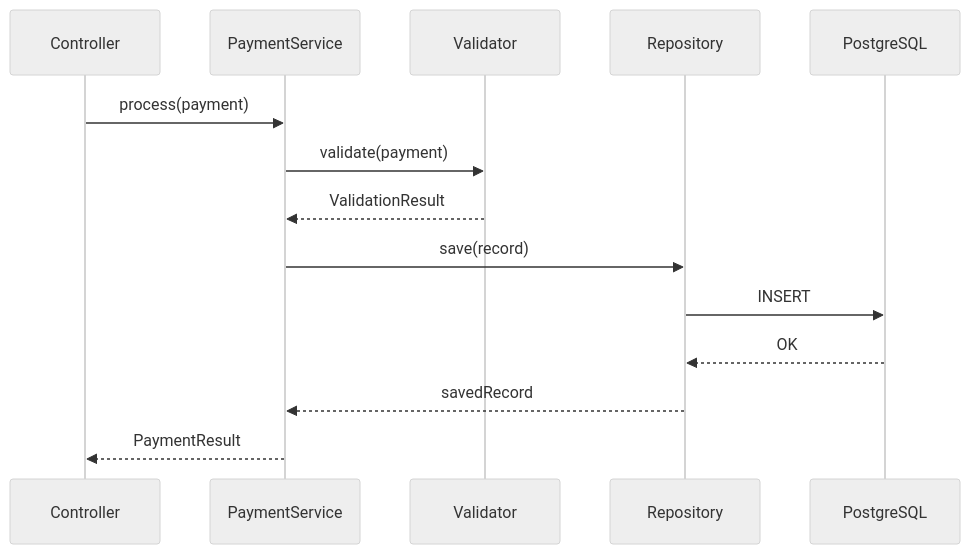
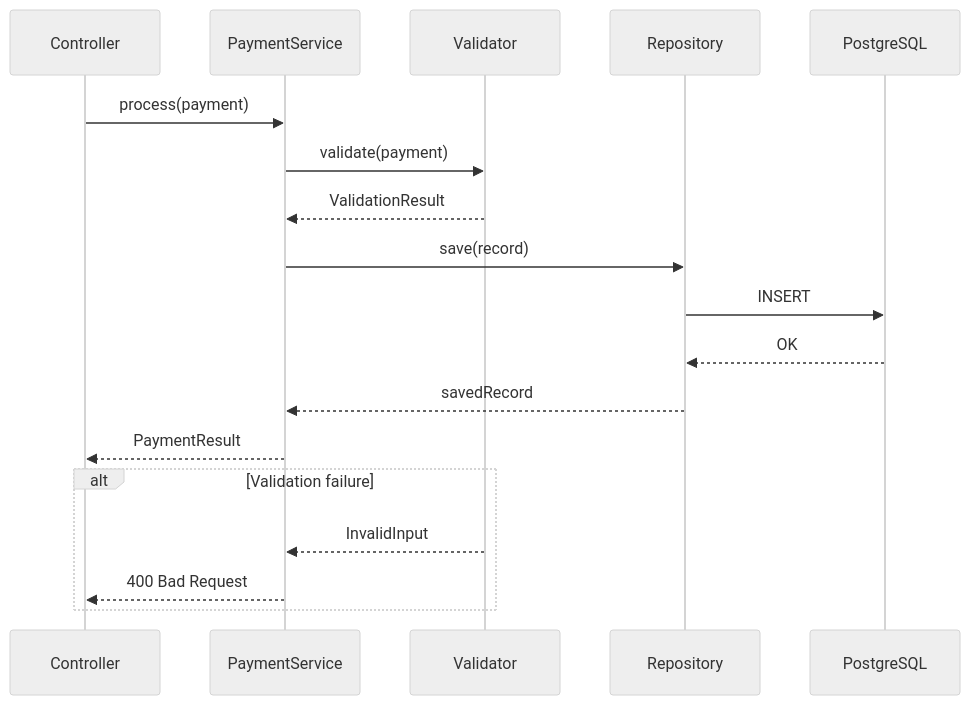
One commit to huya-an/claude-plugin--doc-gen changed the fifth of 5 diagrams in skills/doc-c4/SKILL.md. Above: the diagram before and after it, drawn with Mermaid (neutral theme). The commit also changed other lines of this file, not shown here.

First line of the commit message:
Improve doc-c4 skill with diagram limits, mandatory lenses, and architectural analysis

````diff
--- a/skills/doc-c4/SKILL.md
+++ b/skills/doc-c4/SKILL.md
@@ -233,17 +280,22 @@
 ```mermaid
 sequenceDiagram
     participant C as Controller
     participant S as PaymentService
     participant V as Validator
     participant R as Repository
     participant DB as PostgreSQL
 
     C->>S: process(payment)
     S->>V: validate(payment)
     V-->>S: ValidationResult
     S->>R: save(record)
     R->>DB: INSERT
     DB-->>R: OK
     R-->>S: savedRecord
     S-->>C: PaymentResult
+
+    alt Validation failure
+        V-->>S: InvalidInput
+        S-->>C: 400 Bad Request
+    end
 ```
````
